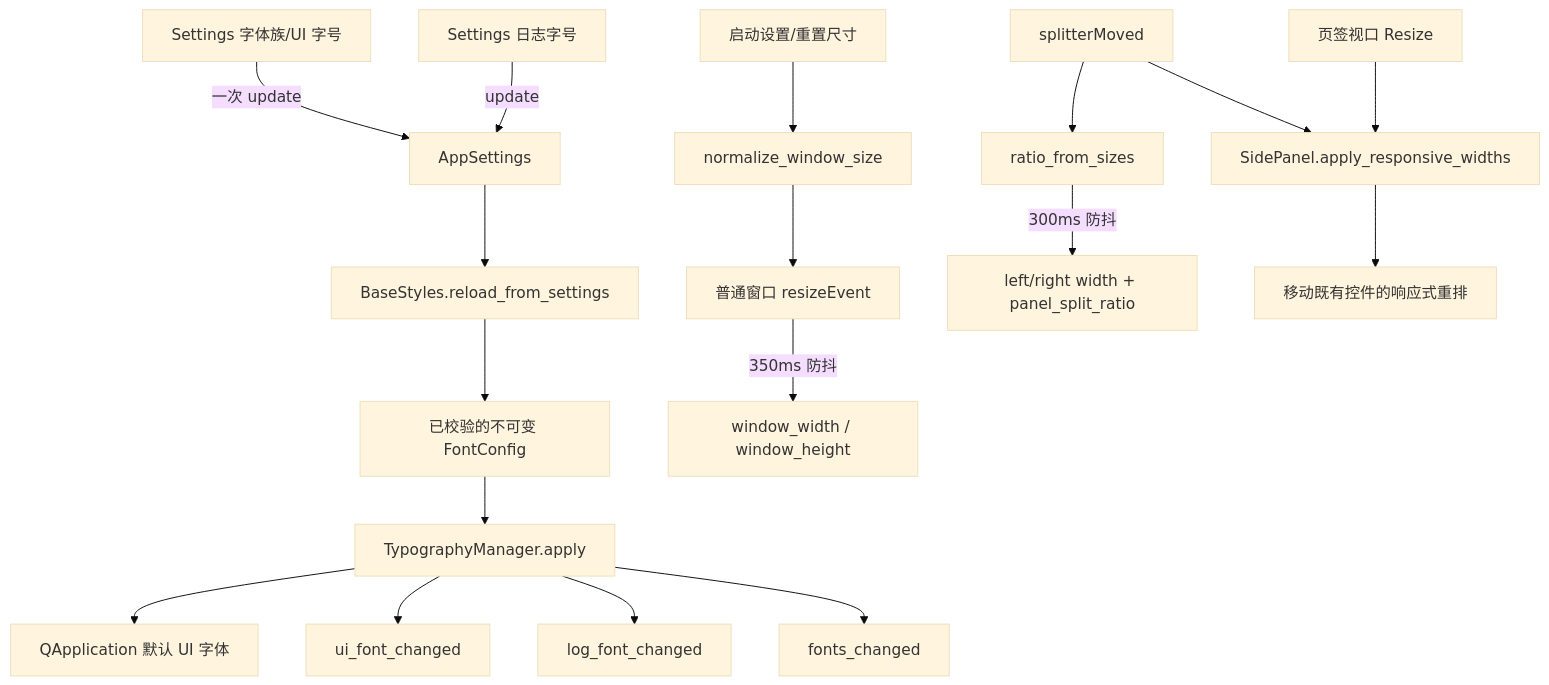
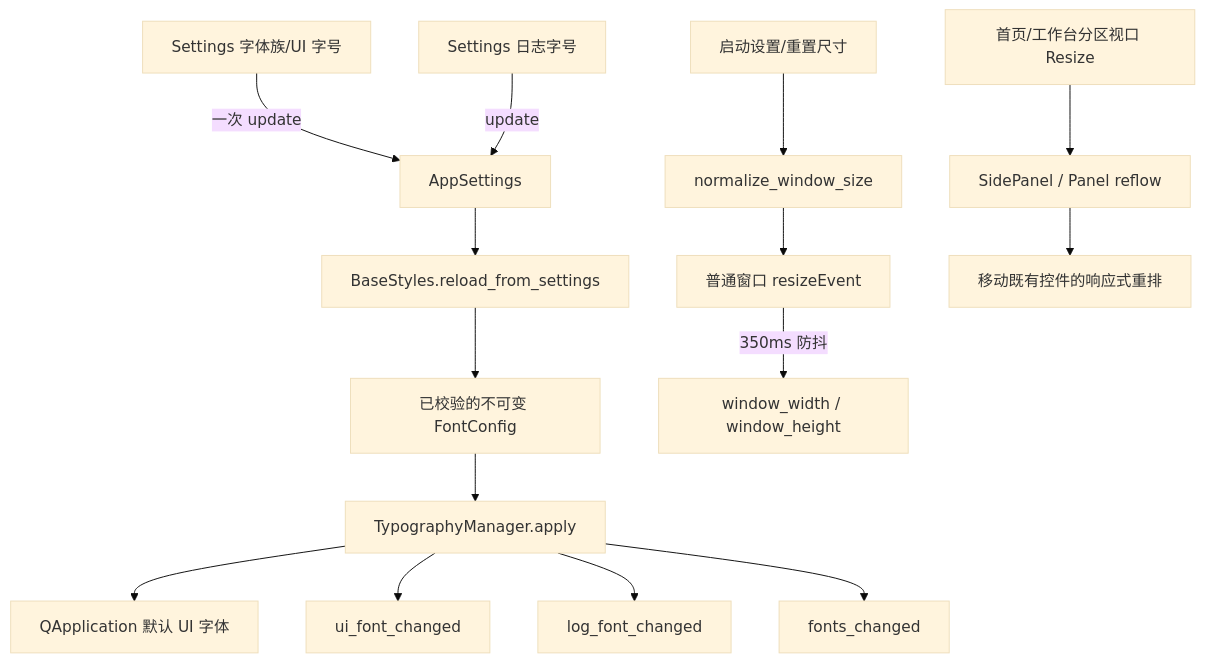
Before and after one commit to BlackHu-art/ADBLab: the sixth of 7 diagrams in docs/project-knowledge/DATA_FLOW.md, drawn with Mermaid (base theme). The commit also changed other lines of this file and 112 other files, not shown here.

````diff
--- a/docs/project-knowledge/DATA_FLOW.md
+++ b/docs/project-knowledge/DATA_FLOW.md
@@ -232,21 +247,18 @@
 ```mermaid
 flowchart TD
     FontUI["Settings 字体族/UI 字号"] -->|"一次 update"| Settings["AppSettings"]
     LogUI["Settings 日志字号"] -->|"update"| Settings
     Settings --> Reload["BaseStyles.reload_from_settings"]
     Reload --> Config["已校验的不可变 FontConfig"]
     Config --> Typography["TypographyManager.apply"]
     Typography --> AppFont["QApplication 默认 UI 字体"]
     Typography --> UIChanged["ui_font_changed"]
     Typography --> LogChanged["log_font_changed"]
     Typography --> AllChanged["fonts_changed"]
 
     StoredSize["启动设置/重置尺寸"] --> SizeGuard["normalize_window_size"]
     SizeGuard --> WindowEvent["普通窗口 resizeEvent"]
     WindowEvent -->|"350ms 防抖"| WindowKeys["window_width / window_height"]
-    SplitterEvent["splitterMoved"] --> Ratio["ratio_from_sizes"]
-    Ratio -->|"300ms 防抖"| SplitKeys["left/right width + panel_split_ratio"]
-    SplitterEvent --> WidthForward["SidePanel.apply_responsive_widths"]
-    ViewportEvent["页签视口 Resize"] --> WidthForward
+    ViewportEvent["首页/工作台分区视口 Resize"] --> WidthForward["SidePanel / Panel reflow"]
     WidthForward --> Reflow["移动既有控件的响应式重排"]
 ```
````
